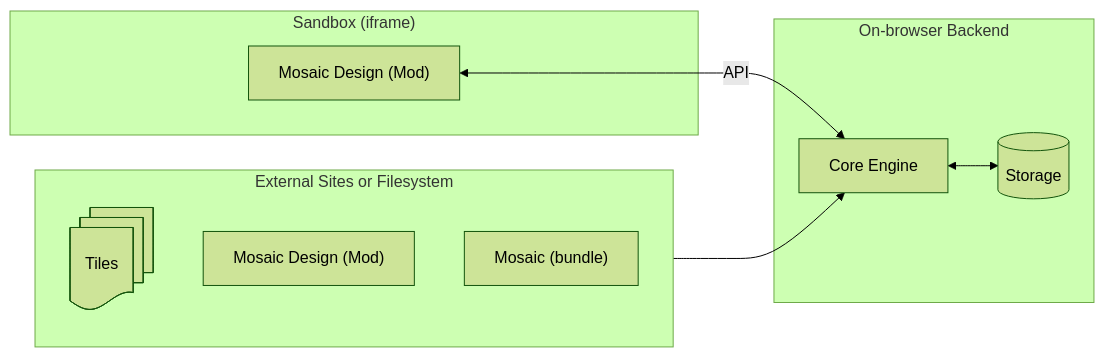
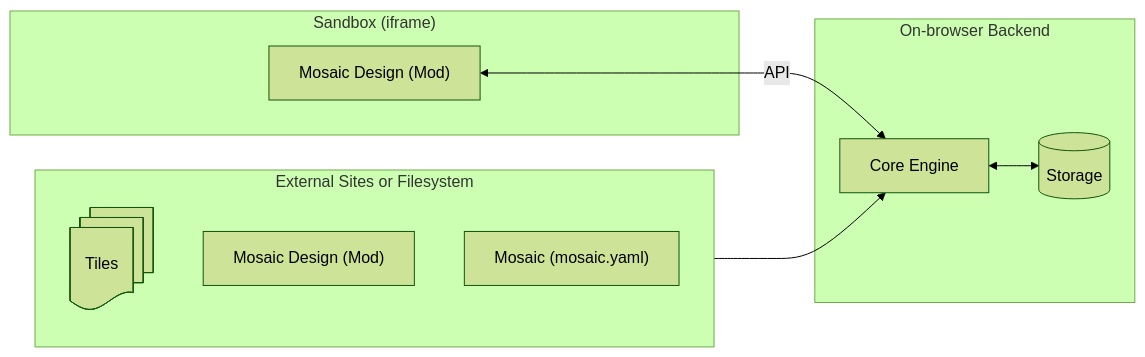
Before and after one commit to teselarium/teselarium: the second of 2 diagrams in docs/opentesela_spec.md, drawn with Mermaid (forest theme). The commit also changed other lines of this file and 87 other files, not shown here.

````diff
--- a/docs/opentesela_spec.md
+++ b/docs/opentesela_spec.md
@@ -39,23 +43,23 @@
 ```mermaid
 flowchart LR
 
   subgraph Sandbox["Sandbox (iframe)"]
     mod["Mosaic Design (Mod)"]
   end
 
   subgraph Backend["On-browser Backend"]
     engine["Core Engine"]
     storage@{ shape: cyl, label: "Storage" }
     engine <--> storage
   end
 
   subgraph External["External Sites or Filesystem"]
     external_tiles@{ shape: docs, label: "Tiles" }
     external_mod["Mosaic Design (Mod)"]
-    external_mosaic["Mosaic (bundle)"]
+    external_mosaic["Mosaic (mosaic.yaml)"]
   end
 
   mod <-- "API" --> engine
   External --> engine 
 
 ```
````
